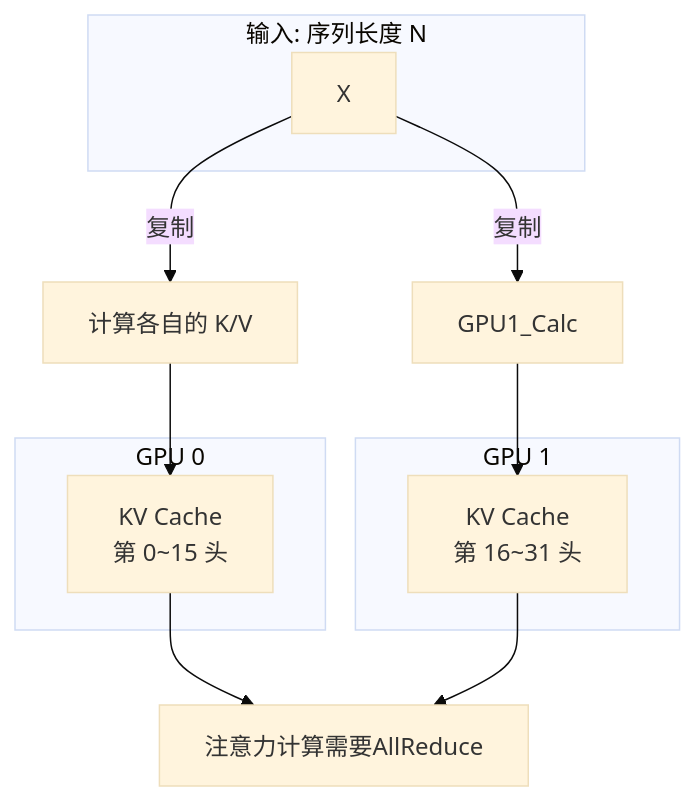
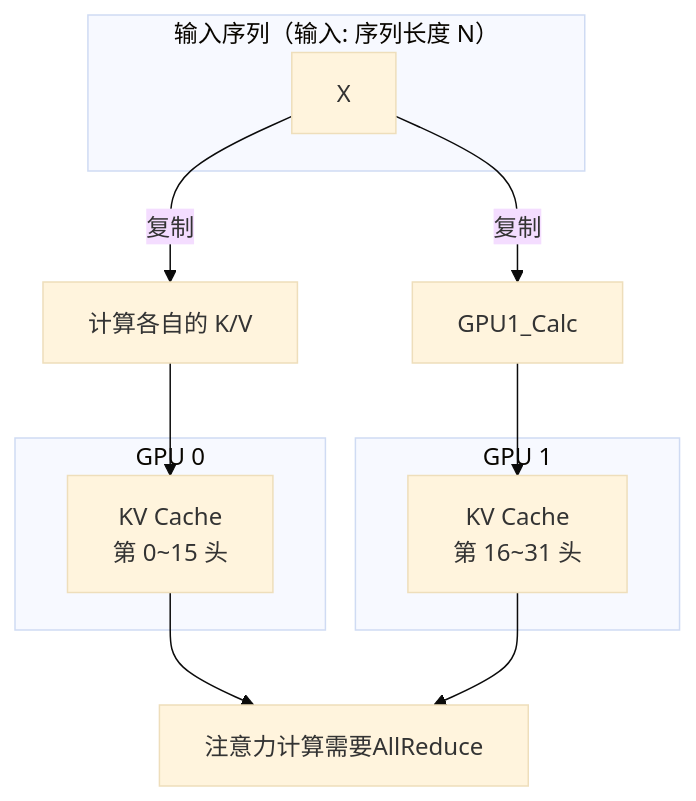
Diagram 13 of 16 in 13-AI与大模型/10-AI记忆机制-02-LLM记忆原理与KV Cache.md (raoooooooo/java_knowledge), drawn with Mermaid (base theme) before and after one commit. The commit also changed other lines of this file and 4 other files, not shown here.

First line of the commit message:
fix(architecture): 修复 mermaid subgraph 语法不兼容 GitHub 渲染的问题

````diff
--- a/13-AI与大模型/10-AI记忆机制-02-LLM记忆原理与KV Cache.md
+++ b/13-AI与大模型/10-AI记忆机制-02-LLM记忆原理与KV Cache.md
@@ -624,23 +624,23 @@
 ```mermaid
 graph TB
-    subgraph 输入序列 [输入: 序列长度 N]
+    subgraph input_seq["输入序列（输入: 序列长度 N）"]
         X[X]
     end
 
-    subgraph GPU 0
+    subgraph gpu0["GPU 0"]
         KV0[KV Cache<br/>第 0~15 头]
     end
 
-    subgraph GPU 1
+    subgraph gpu1["GPU 1"]
         KV1[KV Cache<br/>第 16~31 头]
     end
 
     X -->|复制| GPU0_Calc[计算各自的 K/V]
     X -->|复制| GPU1_Calc
 
     GPU0_Calc --> KV0
     GPU1_Calc --> KV1
 
     KV0 --> Attn[注意力计算需要AllReduce]
     KV1 --> Attn
 ```
````
